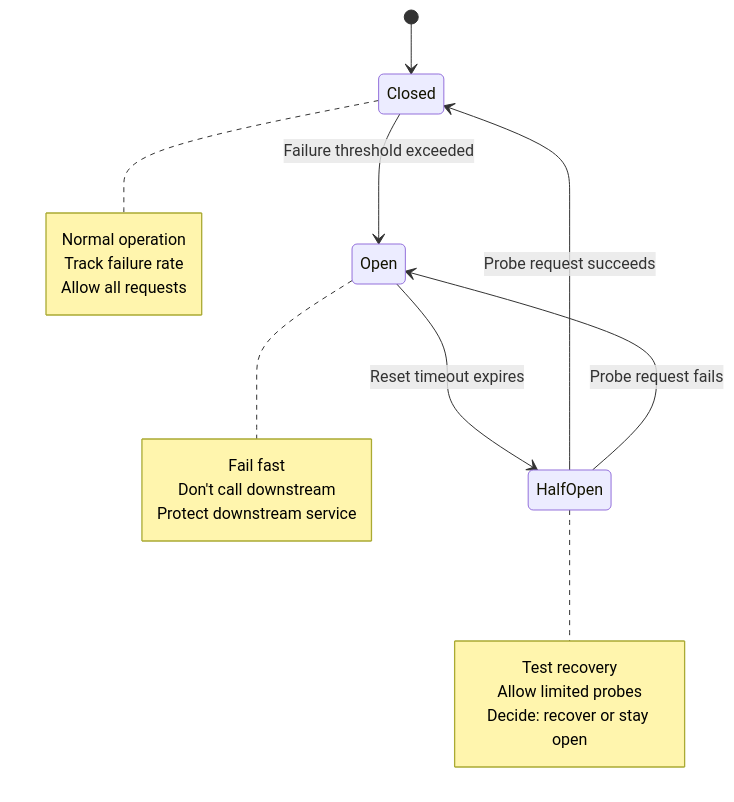
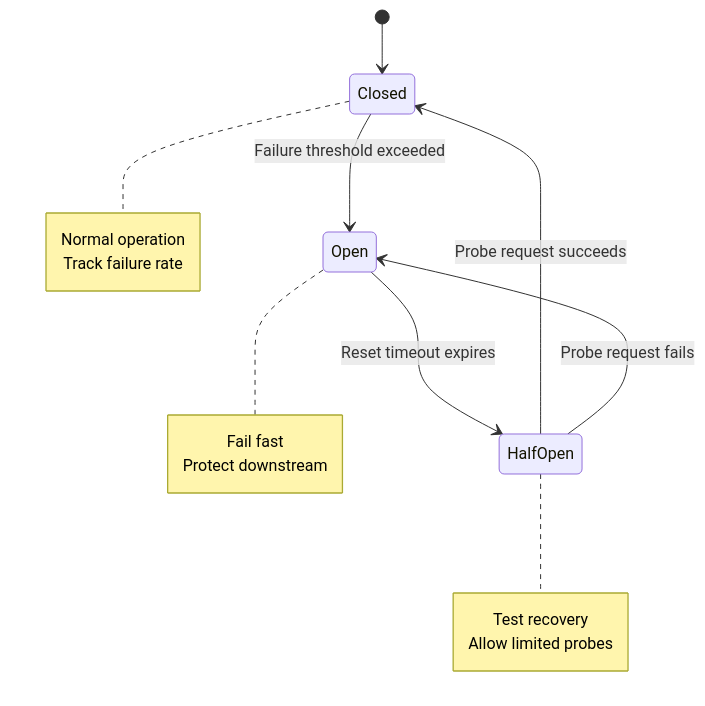
One commit to webstackdev/astro.webstackbuilders.com changed the diagram in src/content/articles/circuit-breaker-retry-budget-cascade-failure-prevention/index.mdx. Above: the diagram before and after it, drawn with Mermaid. The commit also changed other lines of this file and 5 other files, not shown here.

````diff
--- a/src/content/articles/circuit-breaker-retry-budget-cascade-failure-prevention/index.mdx
+++ b/src/content/articles/circuit-breaker-retry-budget-cascade-failure-prevention/index.mdx
@@ -126,26 +84,23 @@
 ```mermaid
 stateDiagram-v2
     [*] --> Closed
     Closed --> Open: Failure threshold exceeded
     Open --> HalfOpen: Reset timeout expires
     HalfOpen --> Closed: Probe request succeeds
     HalfOpen --> Open: Probe request fails
 
     note right of Closed
         Normal operation
         Track failure rate
-        Allow all requests
     end note
 
     note right of Open
         Fail fast
-        Don't call downstream
-        Protect downstream service
+        Protect downstream
     end note
 
     note right of HalfOpen
         Test recovery
         Allow limited probes
-        Decide: recover or stay open
     end note
 ```
````
